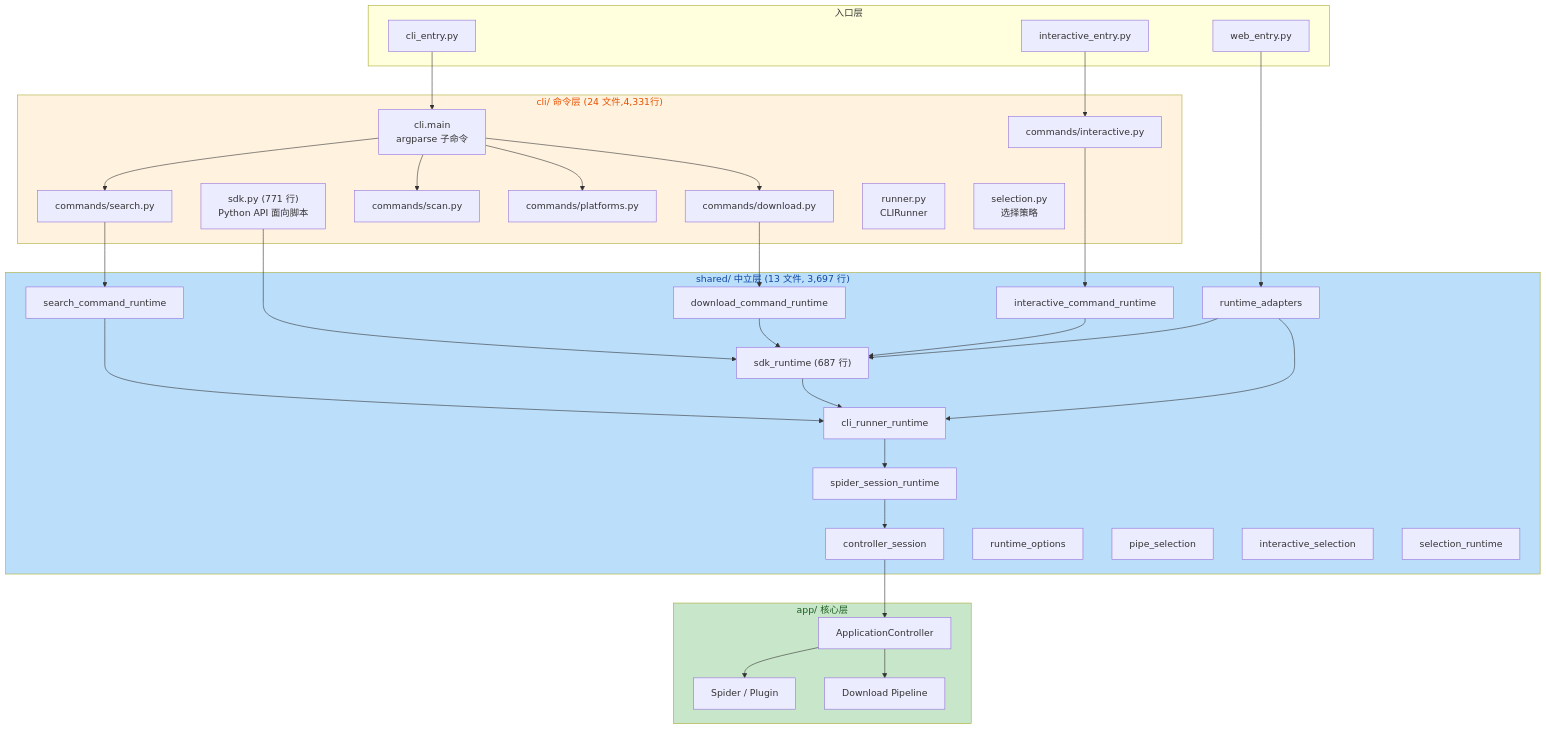
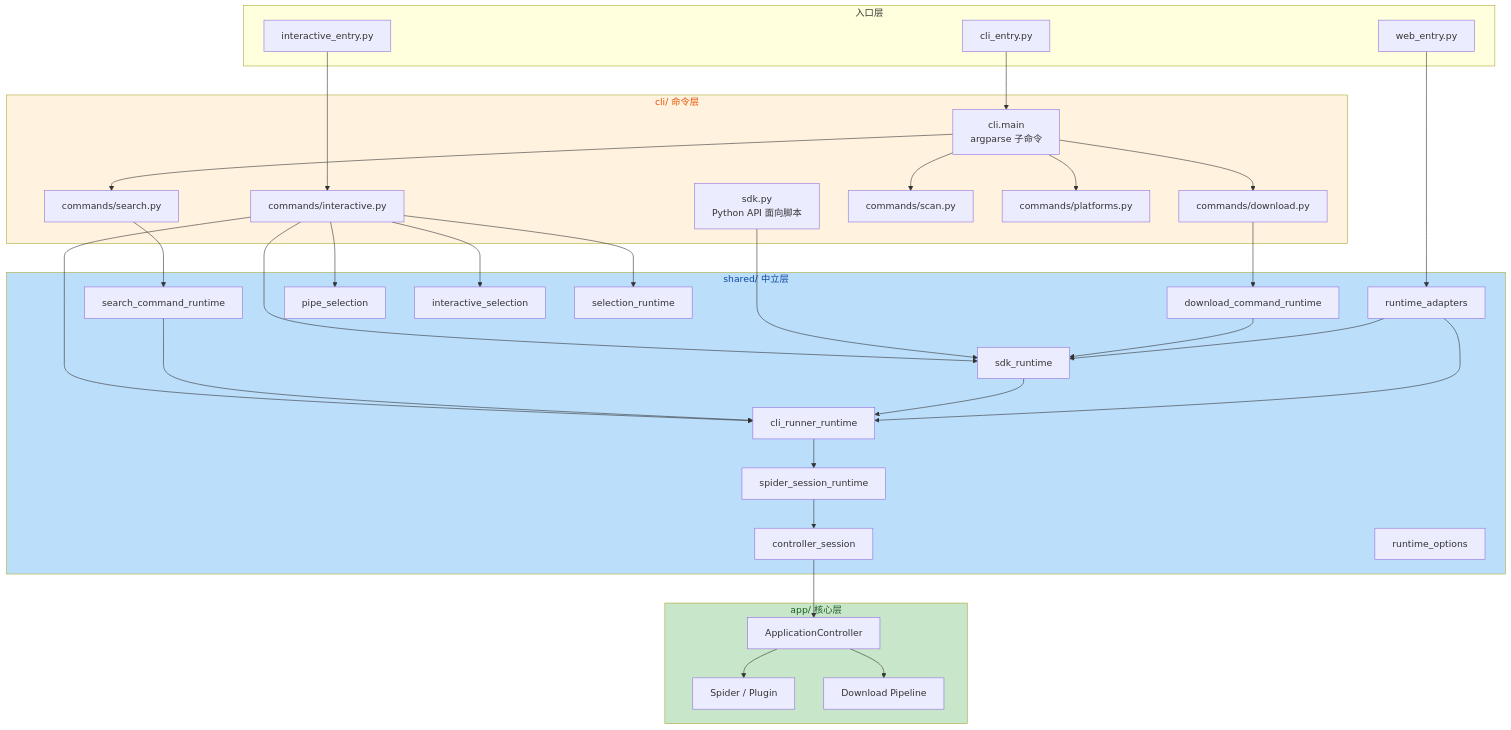
One commit to haohaizi554/UniversalCrawler changed the first of 5 diagrams in mermaid/07-cli-sdk-runtime.md. Above: the diagram before and after it, drawn with Mermaid. The commit also changed other lines of this file and 12 other files, not shown here.

Commit message:
shared 唯一实现已收束，CLI/Web 直接导入 canonical 模块。 CI 已覆盖 Python 3.10-3.13、Ruff、mypy、Bandit、pip-audit、coverage、Qt 分块及浏览器测试。 全量分层验收：2674 passed, 3 skipped，覆盖率 73%。 wheel 隔离安装自检 9/9，不包含测试及已删除模块。 运行时依赖审计：无已知漏洞。 工程经验与最新基线已写入 [frontend-refresh-and-concurrency.md]

````diff
--- a/mermaid/07-cli-sdk-runtime.md
+++ b/mermaid/07-cli-sdk-runtime.md
@@ -5,73 +5,73 @@
 ```mermaid
 flowchart TB
     subgraph Entry["入口层"]
         CLIEntry["cli_entry.py"]
         InteractiveEntry["interactive_entry.py"]
         WebEntry["web_entry.py"]
     end
 
-    subgraph CLI["cli/ 命令层 (24 文件,4,331行)"]
+    subgraph CLI["cli/ 命令层"]
         Main["cli.main<br/>argparse 子命令"]
         CmdSearch["commands/search.py"]
         CmdDownload["commands/download.py"]
         CmdInteractive["commands/interactive.py"]
         CmdScan["commands/scan.py"]
         CmdPlatforms["commands/platforms.py"]
-        SDK["sdk.py (771 行)<br/>Python API 面向脚本"]
-        Runner["runner.py<br/>CLIRunner"]
-        Selection["selection.py<br/>选择策略"]
+        SDK["sdk.py<br/>Python API 面向脚本"]
     end
 
-    subgraph Shared["shared/ 中立层 (13 文件, 3,697 行)"]
+    subgraph Shared["shared/ 中立层"]
         SearchRt["search_command_runtime"]
         DownloadRt["download_command_runtime"]
-        InteractiveRt["interactive_command_runtime"]
-        SDKRt["sdk_runtime (687 行)"]
+        SDKRt["sdk_runtime"]
         CLIRunnerRt["cli_runner_runtime"]
         SpiderSession["spider_session_runtime"]
         ControllerSession["controller_session"]
         RuntimeOpts["runtime_options"]
         RuntimeAdapters["runtime_adapters"]
         PipeSel["pipe_selection"]
         InteractiveSel["interactive_selection"]
         SelectionRt["selection_runtime"]
     end
 
     subgraph App["app/ 核心层"]
         AppCtrl["ApplicationController"]
         Spider["Spider / Plugin"]
         Download["Download Pipeline"]
     end
 
     CLIEntry --> Main
     InteractiveEntry --> CmdInteractive
     WebEntry --> RuntimeAdapters
 
     Main --> CmdSearch
     Main --> CmdDownload
     Main --> CmdScan
     Main --> CmdPlatforms
 
     CmdSearch --> SearchRt
     CmdDownload --> DownloadRt
-    CmdInteractive --> InteractiveRt
+    CmdInteractive --> SDKRt
+    CmdInteractive --> CLIRunnerRt
+    CmdInteractive --> InteractiveSel
+    CmdInteractive --> PipeSel
+    CmdInteractive --> SelectionRt
     SDK --> SDKRt
 
     SearchRt --> CLIRunnerRt
     DownloadRt --> SDKRt
-    InteractiveRt --> SDKRt
     SDKRt --> CLIRunnerRt
     CLIRunnerRt --> SpiderSession
     SpiderSession --> ControllerSession
     ControllerSession --> AppCtrl
 
     RuntimeAdapters --> CLIRunnerRt
     RuntimeAdapters --> SDKRt
 
     AppCtrl --> Spider
     AppCtrl --> Download
 
     style CLI fill:#fff3e0,color:#e65100
     style Shared fill:#bbdefb,color:#0d47a1
     style App fill:#c8e6c9,color:#1a5e20
 ```
````
